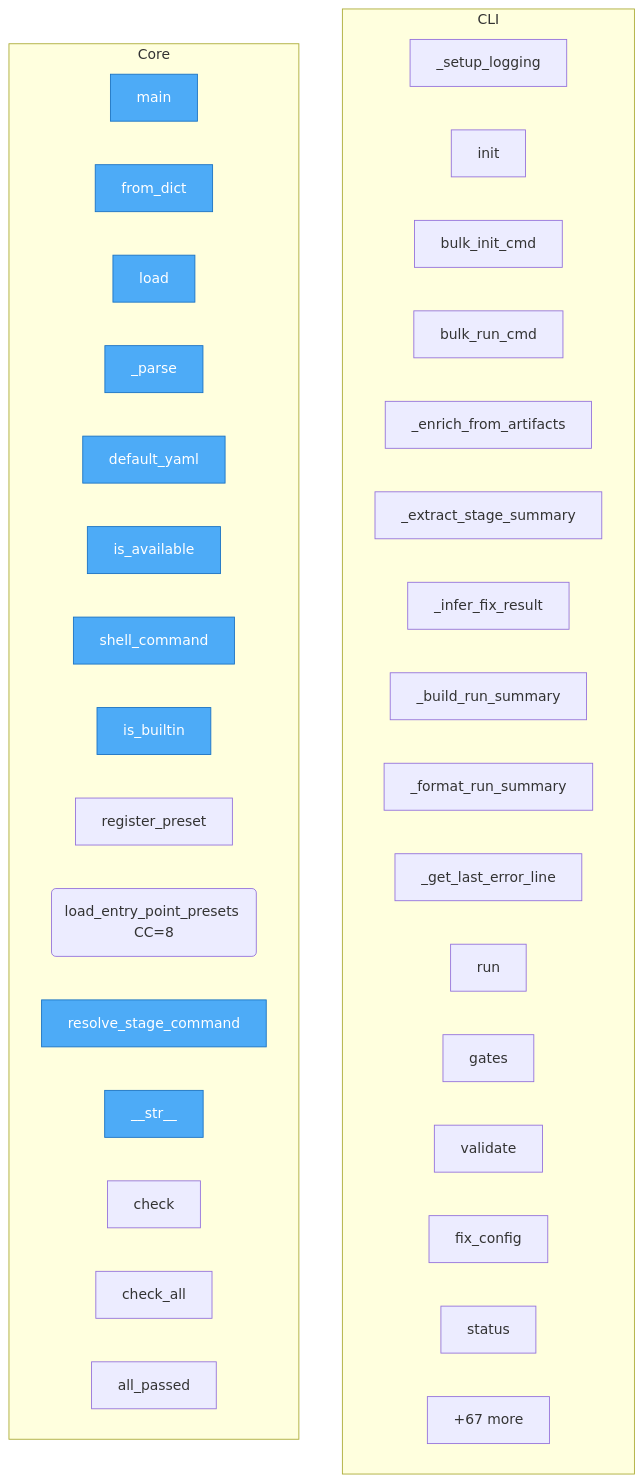
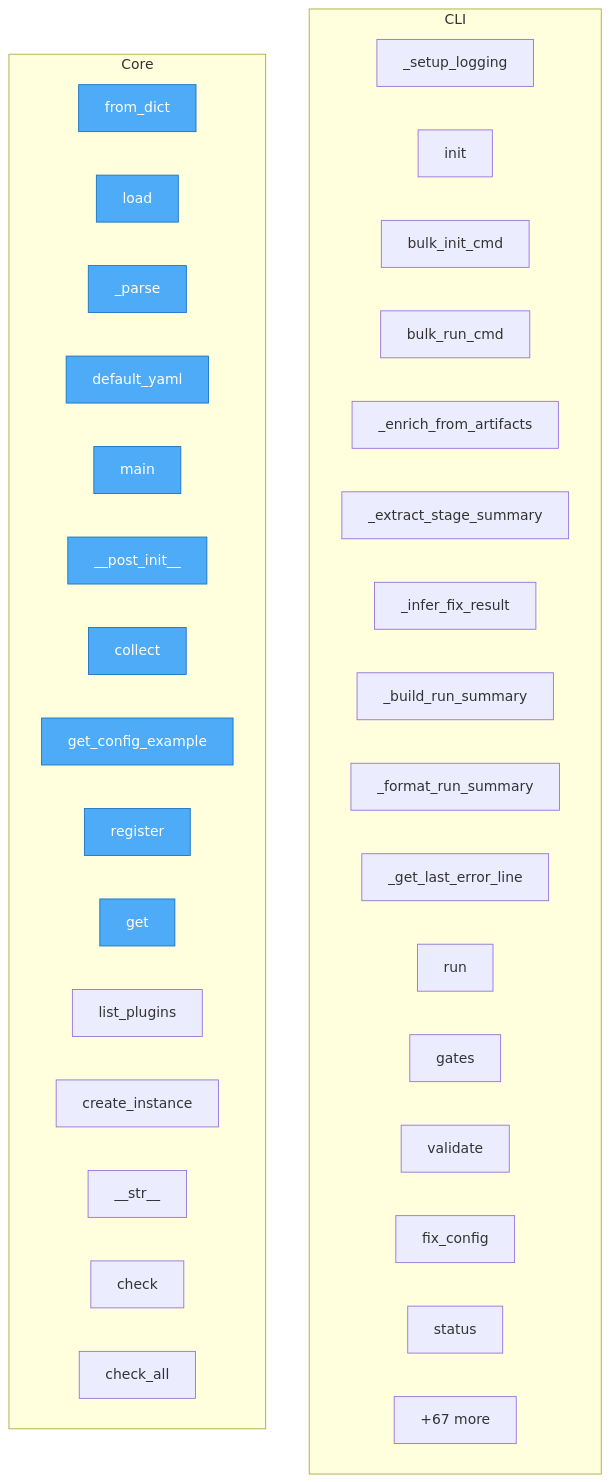
The diagram in project/flow.mmd (semcod/pyqual), drawn with Mermaid before and after one commit. The commit also changed 15 other files, not shown here.

```diff
--- a/project/flow.mmd
+++ b/project/flow.mmd
@@ -1,44 +1,44 @@
 flowchart TD
 
     %% Entry points (blue)
     classDef entry fill:#4dabf7,stroke:#1971c2,color:#fff
 
     subgraph CLI
         pyqual__cli___setup_logging["_setup_logging"]
         pyqual__cli__init["init"]
         pyqual__cli__bulk_init_cmd["bulk_init_cmd"]
         pyqual__cli__bulk_run_cmd["bulk_run_cmd"]
         pyqual__cli___enrich_from_artifacts["_enrich_from_artifacts"]
         pyqual__cli___extract_stage_summary["_extract_stage_summary"]
         pyqual__cli___infer_fix_result["_infer_fix_result"]
         pyqual__cli___build_run_summary["_build_run_summary"]
         pyqual__cli___format_run_summary["_format_run_summary"]
         pyqual__cli___get_last_error_line["_get_last_error_line"]
         pyqual__cli__run["run"]
         pyqual__cli__gates["gates"]
         pyqual__cli__validate["validate"]
         pyqual__cli__fix_config["fix_config"]
         pyqual__cli__status["status"]
         ...["+29 more"]
     end
 
     subgraph Core
-        run_analysis__main["main"]
         pyqual__config__GateConfig__from_dict["from_dict"]
         pyqual__config__PyqualConfig__load["load"]
         pyqual__config__PyqualConfig___parse["_parse"]
         pyqual__config__PyqualConfig__default_yaml["default_yaml"]
-        pyqual__tools__ToolPreset__is_available["is_available"]
-        pyqual__tools__ToolPreset__shell_command["shell_command"]
-        pyqual__tools__is_builtin["is_builtin"]
-        pyqual__tools__register_preset["register_preset"]
-        pyqual__tools__load_entry_point_presets("load_entry_point_presets CC=8")
-        pyqual__tools__resolve_stage_command["resolve_stage_command"]
+        run_analysis__main["main"]
+        pyqual__plugins__PluginMetadata____post_init__["__post_init__"]
+        pyqual__plugins__MetricCollector__collect["collect"]
+        pyqual__plugins__MetricCollector__get_config_example["get_config_example"]
+        pyqual__plugins__PluginRegistry__register["register"]
+        pyqual__plugins__PluginRegistry__get["get"]
+        pyqual__plugins__PluginRegistry__list_plugins["list_plugins"]
+        pyqual__plugins__PluginRegistry__create_instance["create_instance"]
         pyqual__gates__GateResult____str__["__str__"]
         pyqual__gates__Gate__check["check"]
         pyqual__gates__GateSet__check_all["check_all"]
-        pyqual__gates__GateSet__all_passed["all_passed"]
         ...["+67 more"]
     end
 
-    class run_analysis__main,pyqual__config__GateConfig__from_dict,pyqual__config__PyqualConfig__load,pyqual__config__PyqualConfig___parse,pyqual__config__PyqualConfig__default_yaml,pyqual__tools__ToolPreset__is_available,pyqual__tools__ToolPreset__shell_command,pyqual__tools__is_builtin,pyqual__tools__resolve_stage_command,pyqual__gates__GateResult____str__ entry
+    class pyqual__config__GateConfig__from_dict,pyqual__config__PyqualConfig__load,pyqual__config__PyqualConfig___parse,pyqual__config__PyqualConfig__default_yaml,run_analysis__main,pyqual__plugins__PluginMetadata____post_init__,pyqual__plugins__MetricCollector__collect,pyqual__plugins__MetricCollector__get_config_example,pyqual__plugins__PluginRegistry__register,pyqual__plugins__PluginRegistry__get entry
```
